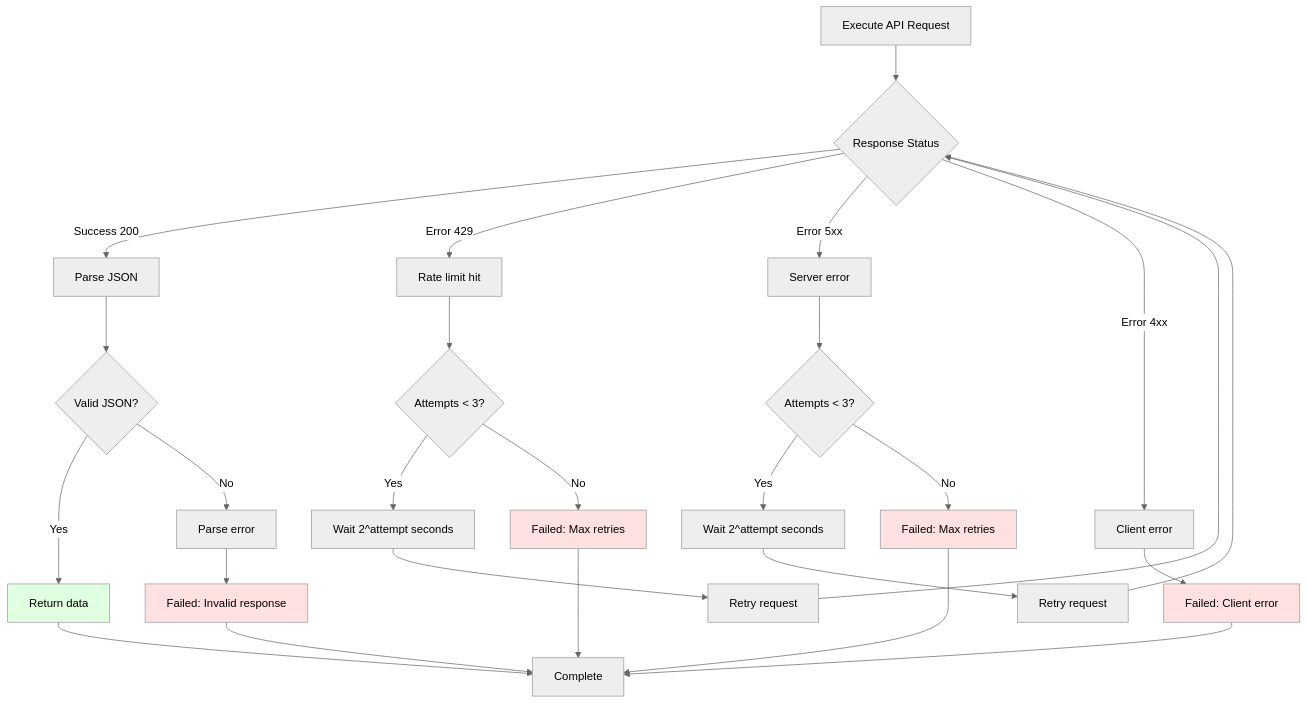
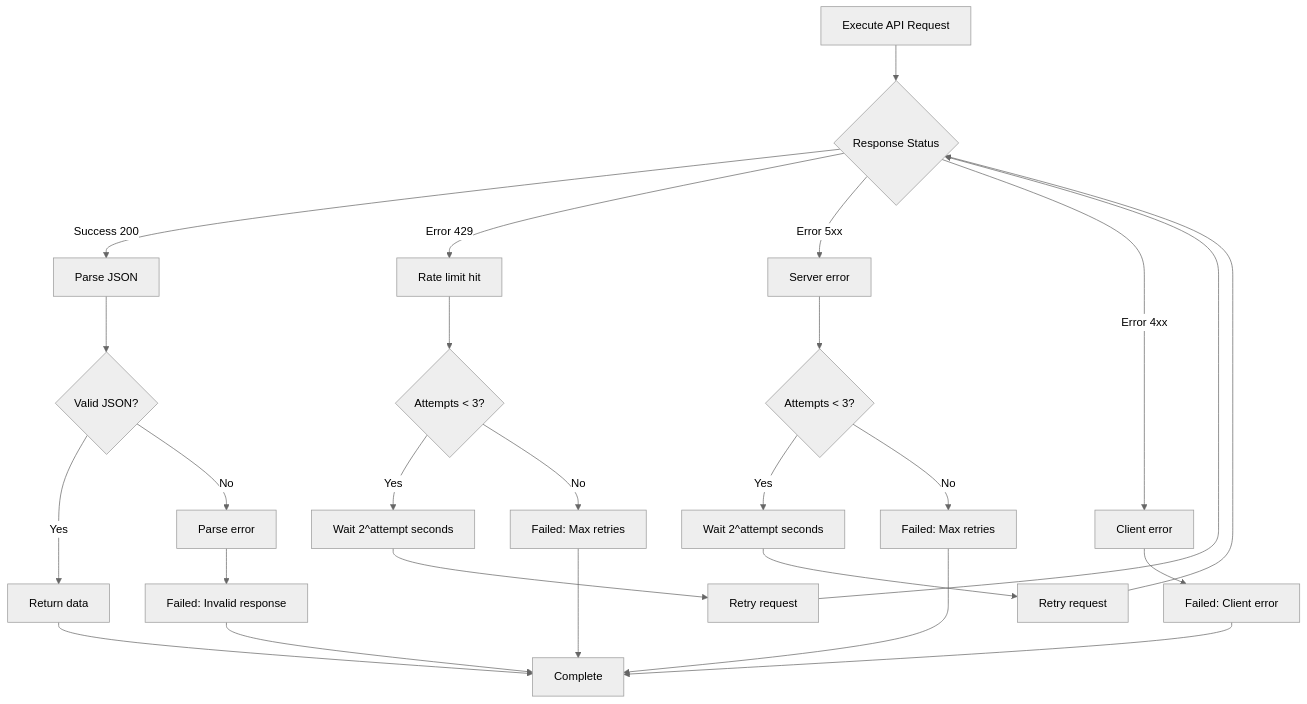
One commit to DaxServer/geocode-commons-categories changed the seventh of 19 diagrams in docs/import/api-interactions.md. Above: the diagram before and after it, drawn with Mermaid (neutral theme). The commit also changed other lines of this file and 5 other files, not shown here.

````diff
--- a/docs/import/api-interactions.md
+++ b/docs/import/api-interactions.md
@@ -190,43 +177,38 @@
 ```mermaid
 graph TD
     START[Execute API Request] --> RESPONSE{Response Status}
 
     RESPONSE -->|Success 200| PARSE[Parse JSON]
     RESPONSE -->|Error 429| RATE_LIMIT[Rate limit hit]
     RESPONSE -->|Error 5xx| SERVER_ERROR[Server error]
     RESPONSE -->|Error 4xx| CLIENT_ERROR[Client error]
 
     PARSE --> VALIDATE{Valid JSON?}
     VALIDATE -->|Yes| SUCCESS[Return data]
     VALIDATE -->|No| PARSE_ERROR[Parse error]
 
     RATE_LIMIT --> CHECK_ATTEMPTS_1{Attempts < 3?}
     SERVER_ERROR --> CHECK_ATTEMPTS_2{Attempts < 3?}
 
     CHECK_ATTEMPTS_1 -->|Yes| BACKOFF_1[Wait 2^attempt seconds]
     CHECK_ATTEMPTS_2 -->|Yes| BACKOFF_2[Wait 2^attempt seconds]
 
     BACKOFF_1 --> RETRY_1[Retry request]
     BACKOFF_2 --> RETRY_2[Retry request]
 
     RETRY_1 --> RESPONSE
     RETRY_2 --> RESPONSE
 
     CHECK_ATTEMPTS_1 -->|No| FAIL_1[Failed: Max retries]
     CHECK_ATTEMPTS_2 -->|No| FAIL_2[Failed: Max retries]
 
     CLIENT_ERROR --> FAIL_3[Failed: Client error]
     PARSE_ERROR --> FAIL_4[Failed: Invalid response]
 
     SUCCESS --> END[Complete]
     FAIL_1 --> END
     FAIL_2 --> END
     FAIL_3 --> END
     FAIL_4 --> END
 
-    style SUCCESS fill:#e1ffe1
-    style FAIL_1 fill:#ffe1e1
-    style FAIL_2 fill:#ffe1e1
-    style FAIL_3 fill:#ffe1e1
-    style FAIL_4 fill:#ffe1e1
 ```
````
